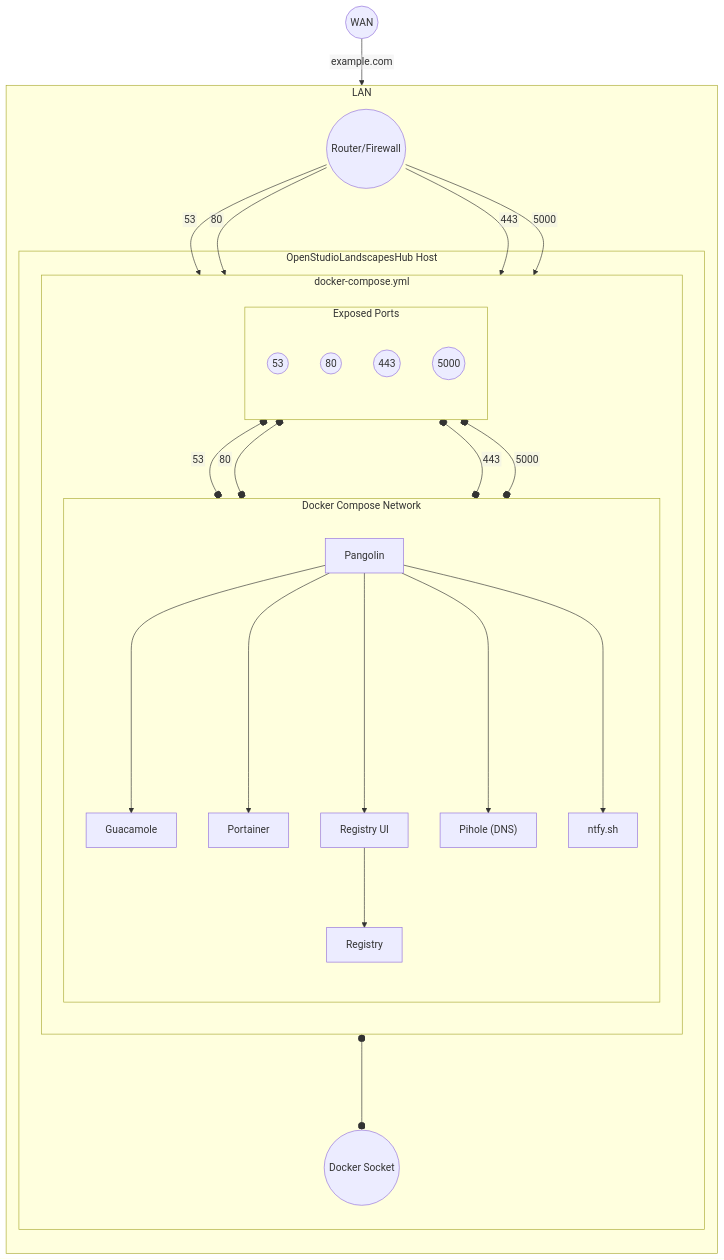
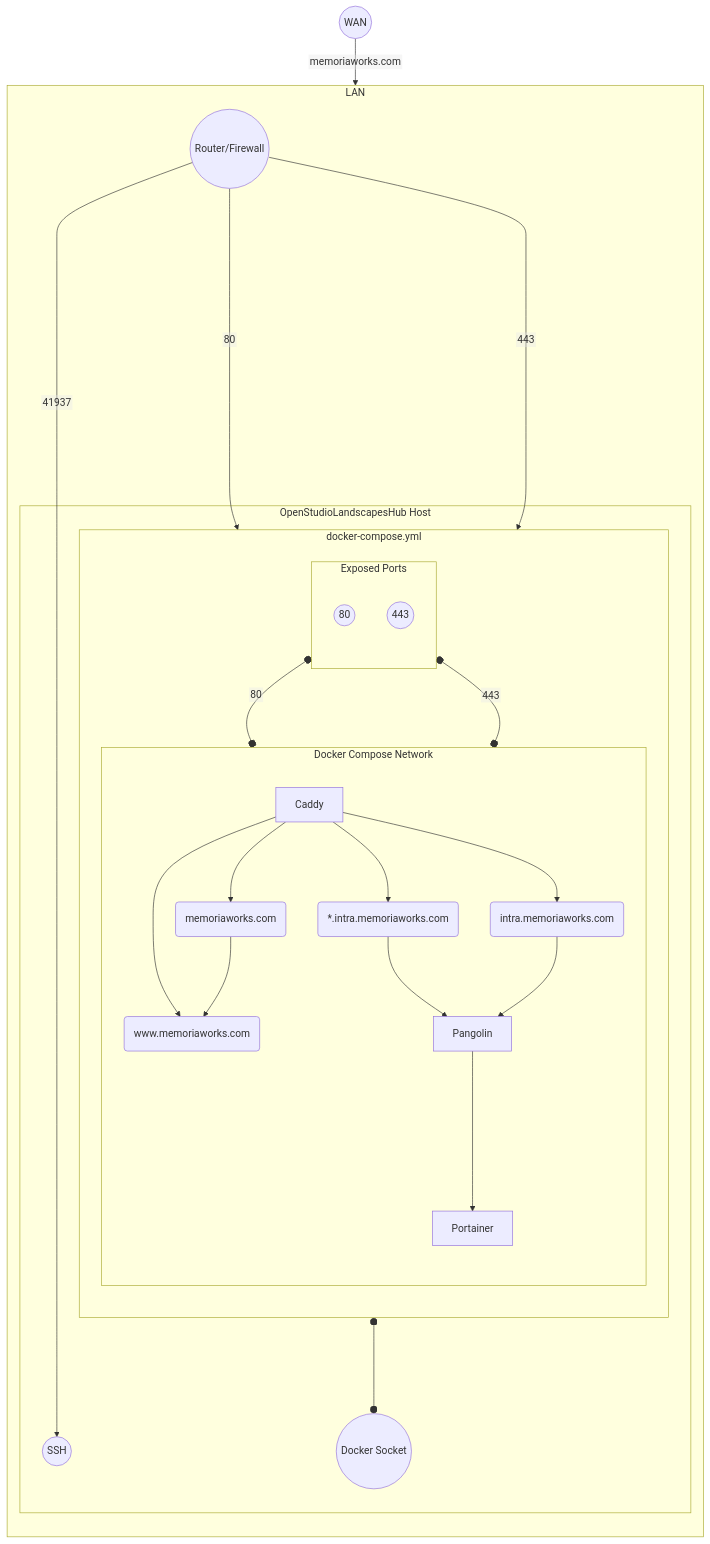
The diagram in README.md (michimussato/OpenStudioLandscapesHub), drawn with Mermaid before and after one commit. The commit also changed 1 other file, not shown here.

Commit message:
initial commit for memoriaworks

````diff
--- a/README.md
+++ b/README.md
@@ -73,60 +73,77 @@
 ```mermaid
 ---
 config:
   flowchart:
     htmlLabels: false
 ---
 flowchart TB
     wan(("`WAN`"))
     %%newLines["`Line1
     %%Line 2
     %%Line 3`"]
     subgraph "LAN"
         direction TB
         router(("`Router/Firewall`"))
         subgraph "OpenStudioLandscapesHub Host" 
 
             subgraph "docker-compose.yml" 
                 direction TB
                 
                 subgraph "Exposed Ports"
                     direction TB
-                    port_53(("53"))
+                    %%port_53(("53"))
                     port_80(("80"))
                     port_443(("443"))
-                    port_5000(("5000"))
+                    %%port_5000(("5000"))
                 end
                 
                 subgraph "Docker Compose Network" 
                     direction TB
+                    caddy["`Caddy`"]
                     pangolin["`Pangolin`"]
-                    guacamole["`Guacamole`"]
-                    pihole["`Pihole (DNS)`"]
+                    %%guacamole["`Guacamole`"]
+                    %%pihole["`Pihole (DNS)`"]
                     portainer["`Portainer`"]
-                    registry["`Registry`"]
-                    registry-ui["`Registry UI`"]
-                    ntfy["`ntfy.sh`"]
+                    %%registry["`Registry`"]
+                    %%registry-ui["`Registry UI`"]
+                    %%ntfy["`ntfy.sh`"]
+                    memoriaworks_com("memoriaworks.com")
+                    www_memoriaworks_com("www.memoriaworks.com")
+                    intra_memoriaworks_com("intra.memoriaworks.com")
+                    _intra_memoriaworks_com("*.intra.memoriaworks.com")
                 end
                 
             end
         docker_sock(("`Docker Socket`"))
+        ssh(("`SSH`"))
         end
     end
     
-    wan -- example.com --> router
-    router -- 53 --> port_53
+    wan -- memoriaworks.com --> router
+    %%router -- 53 --> port_53
     router -- 80 --> port_80
     router -- 443 --> port_443
-    router -- 5000 --> port_5000
-    port_53 o-- 53 --o pihole
-    port_80 o-- 80 --o pangolin
-    port_443 o-- 443 --o pangolin
-    pangolin ----> guacamole
-    pangolin ----> portainer
-    pangolin ----> registry-ui
-    pangolin ----> pihole
-    pangolin ----> ntfy
-    registry-ui --> registry
-    port_5000 o-- 5000 --o registry
+    %%router -- 5000 --> port_5000
+    router -- 41937 ---------> ssh
+    
+    port_80 o-- 80 --o caddy
+    port_443 o-- 443 --o caddy
+    
+    caddy --> memoriaworks_com
+    caddy --> www_memoriaworks_com
+    caddy --> intra_memoriaworks_com
+    caddy --> _intra_memoriaworks_com
+    _intra_memoriaworks_com --> pangolin
+    memoriaworks_com --> www_memoriaworks_com
+    intra_memoriaworks_com --> pangolin
+    
+    %%port_53 o-- 53 --o pihole
+    %%pangolin ----> guacamole
+    pangolin ---> portainer
+    %%pangolin ----> registry-ui
+    %%pangolin ----> pihole
+    %%pangolin ----> ntfy
+    %%registry-ui --> registry
+    %%port_5000 o-- 5000 --o registry
     portainer o---o docker_sock
 ```
````
